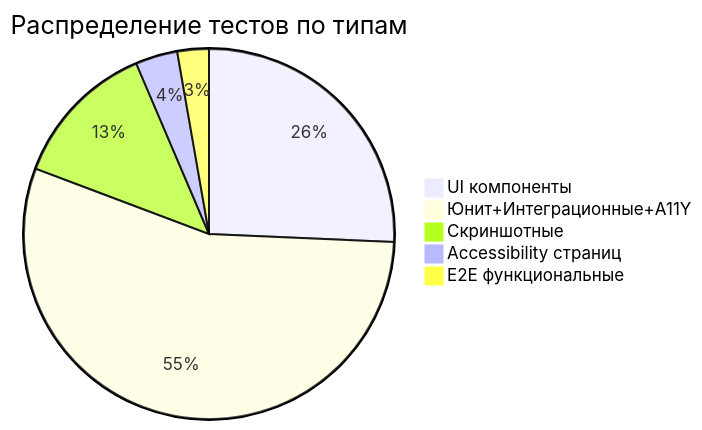
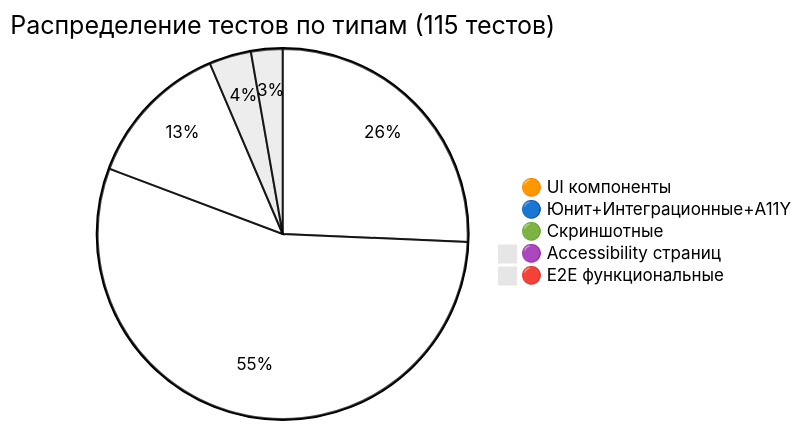
One commit to etozhenerk/shri-2025 changed the fifth of 5 diagrams in docs/presentation.md. Above: the diagram before and after it, drawn with Mermaid. The commit also changed other lines of this file, not shown here.

````diff
--- a/docs/presentation.md
+++ b/docs/presentation.md
@@ -1105,8 +1115,9 @@
 ```mermaid
-pie title Распределение тестов по типам
-    "UI компоненты" : 28
-    "Юнит+Интеграционные+A11Y" : 60
-    "Скриншотные" : 14
-    "Accessibility страниц" : 4
-    "E2E функциональные" : 3
+%%{init: {'theme':'base', 'themeVariables': { 'fontSize': '18px', 'fontFamily': 'Arial', 'primaryColor': '#ffffff', 'primaryTextColor': '#000000'}}}%%
+pie title Распределение тестов по типам (115 тестов)
+    "🟠 UI компоненты" : 28
+    "🔵 Юнит+Интеграционные+A11Y" : 60
+    "🟢 Скриншотные" : 14
+    "🟣 Accessibility страниц" : 4
+    "🔴 E2E функциональные" : 3
 ```
````
